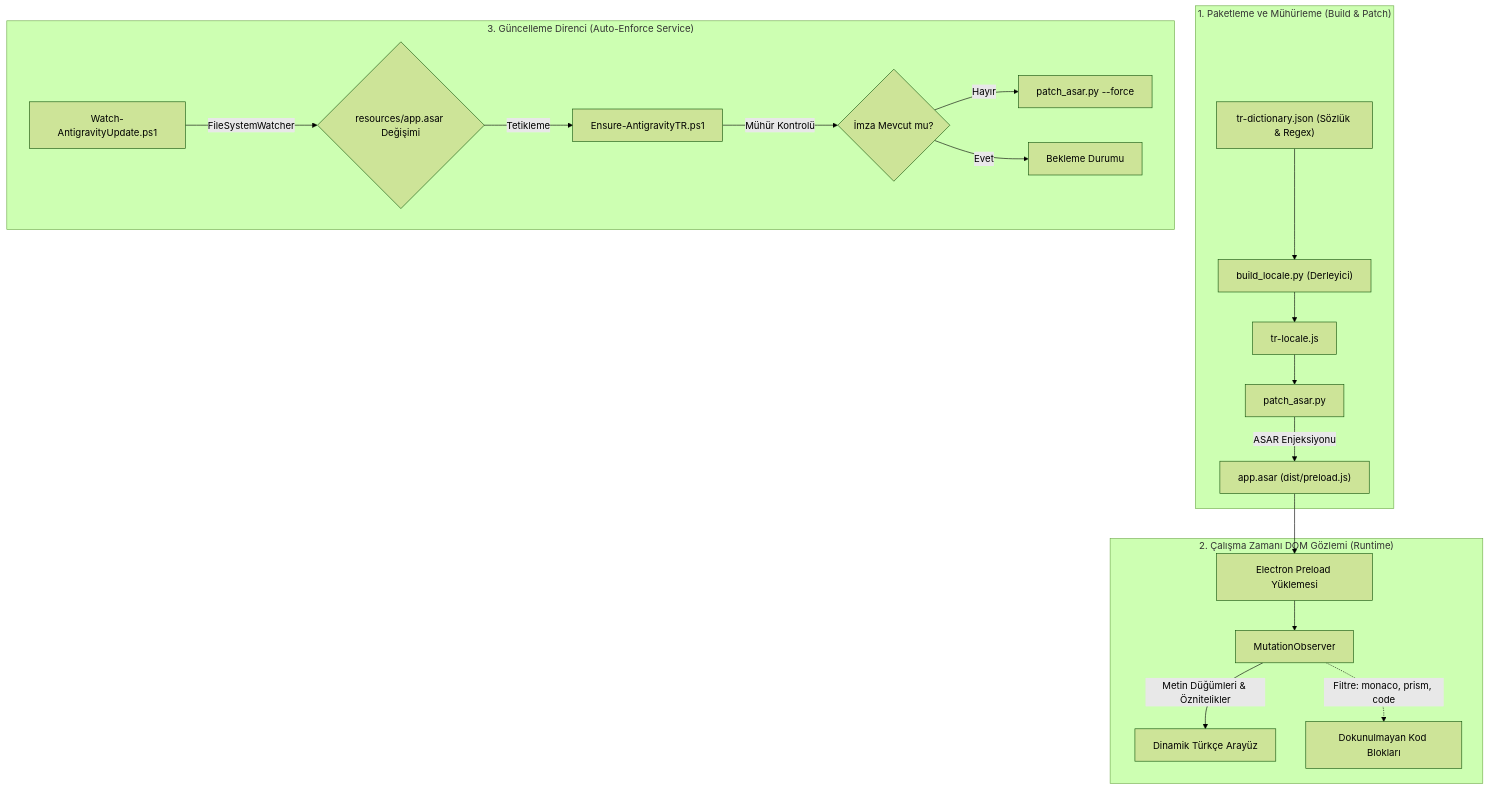
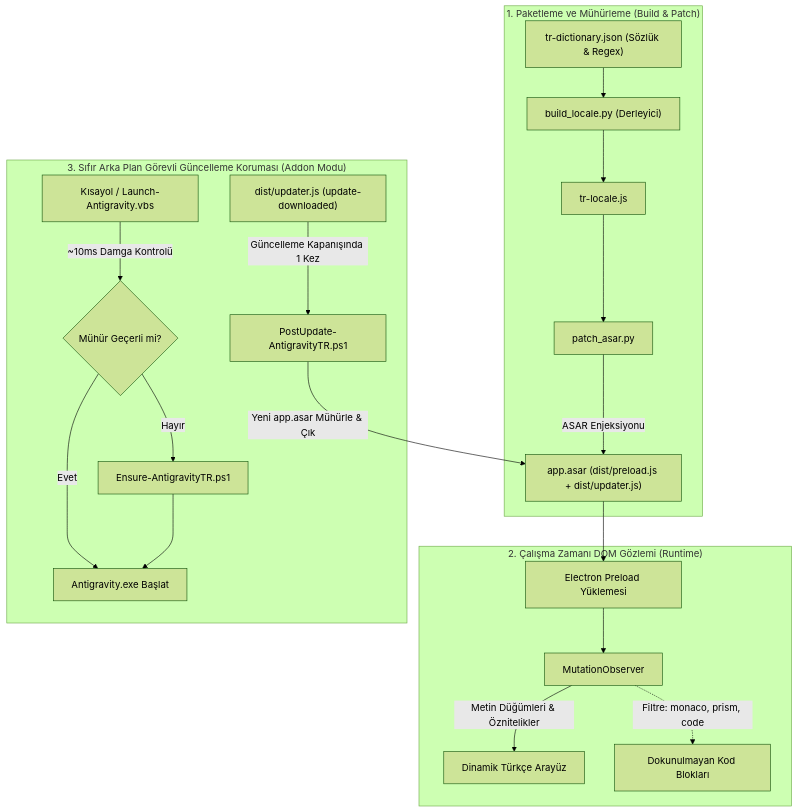
The diagram in README.md (illetyus/antigravty-turkish), drawn with Mermaid (forest theme) before and after one commit. The commit also changed other lines of this file and 18 other files, not shown here.

Commit message:
feat: sıfır arka plan görevli addon güncelleme kancası, başlatıcı sarmalayıcı ve model limit çevirileri

````diff
--- a/README.md
+++ b/README.md
@@ -27,24 +27,25 @@
 ```mermaid
 flowchart TD
     subgraph Katman1 ["1. Paketleme ve Mühürleme (Build & Patch)"]
         A["tr-dictionary.json (Sözlük & Regex)"] --> B["build_locale.py (Derleyici)"]
         B --> C["tr-locale.js"]
         C --> D["patch_asar.py"]
-        D -->|ASAR Enjeksiyonu| E["app.asar (dist/preload.js)"]
+        D -->|ASAR Enjeksiyonu| E["app.asar (dist/preload.js + dist/updater.js)"]
     end
 
     subgraph Katman2 ["2. Çalışma Zamanı DOM Gözlemi (Runtime)"]
         E --> F["Electron Preload Yüklemesi"]
         F --> G["MutationObserver"]
         G -->|Metin Düğümleri & Öznitelikler| H["Dinamik Türkçe Arayüz"]
         G -.->|Filtre: monaco, prism, code| I["Dokunulmayan Kod Blokları"]
     end
 
-    subgraph Katman3 ["3. Güncelleme Direnci (Auto-Enforce Service)"]
-        J["Watch-AntigravityUpdate.ps1"] -->|FileSystemWatcher| K{"resources/app.asar Değişimi"}
-        K -->|Tetikleme| L["Ensure-AntigravityTR.ps1"]
-        L -->|Mühür Kontrolü| M{"İmza Mevcut mu?"}
-        M -->|Hayır| N["patch_asar.py --force"]
-        M -->|Evet| O["Bekleme Durumu"]
+    subgraph Katman3 ["3. Sıfır Arka Plan Görevli Güncelleme Koruması (Addon Modu)"]
+        J["Kısayol / Launch-Antigravity.vbs"] -->|~10ms Damga Kontrolü| K{"Mühür Geçerli mi?"}
+        K -->|Evet| L["Antigravity.exe Başlat"]
+        K -->|Hayır| M["Ensure-AntigravityTR.ps1"]
+        M --> L
+        N["dist/updater.js (update-downloaded)"] -->|Güncelleme Kapanışında 1 Kez| O["PostUpdate-AntigravityTR.ps1"]
+        O -->|Yeni app.asar Mühürle & Çık| E
     end
 ```
````
